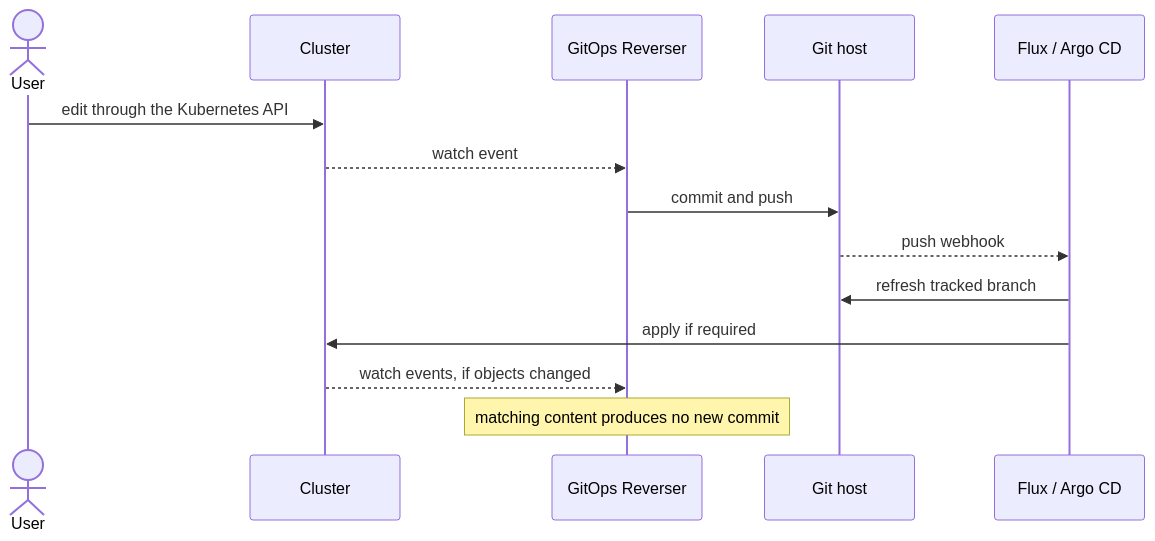
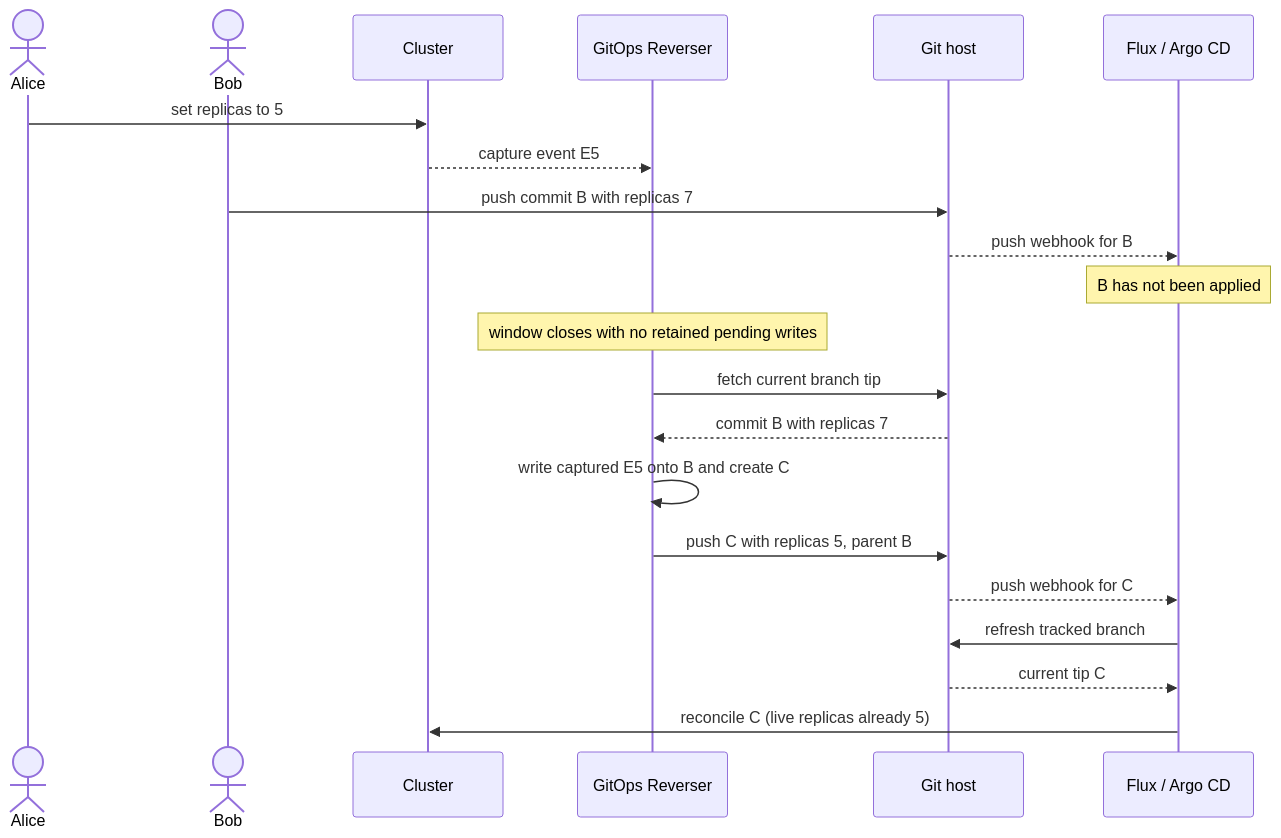
One commit to ConfigButler/gitops-reverser changed the second of 3 diagrams in docs/bi-directional.md. Above: the diagram before and after it, drawn with Mermaid. The commit also changed other lines of this file and 1 other file, not shown here.

````diff
--- a/docs/bi-directional.md
+++ b/docs/bi-directional.md
@@ -67,17 +334,24 @@
 ```mermaid
 sequenceDiagram
-    actor User
+    actor Alice
+    actor Bob
     participant K8s as Cluster
     participant Rev as GitOps Reverser
     participant Git as Git host
     participant Recon as Flux / Argo CD
 
-    User->>K8s: edit through the Kubernetes API
-    K8s-->>Rev: watch event
-    Rev->>Git: commit and push
-    Git-->>Recon: push webhook
+    Alice->>K8s: set replicas to 5
+    K8s-->>Rev: capture event E5
+    Bob->>Git: push commit B with replicas 7
+    Git-->>Recon: push webhook for B
+    Note over Recon: B has not been applied
+    Note over Rev: window closes with no retained pending writes
+    Rev->>Git: fetch current branch tip
+    Git-->>Rev: commit B with replicas 7
+    Rev->>Rev: write captured E5 onto B and create C
+    Rev->>Git: push C with replicas 5, parent B
+    Git-->>Recon: push webhook for C
     Recon->>Git: refresh tracked branch
-    Recon->>K8s: apply if required
-    K8s-->>Rev: watch events, if objects changed
-    Note over Rev: matching content produces no new commit
+    Git-->>Recon: current tip C
+    Recon->>K8s: reconcile C (live replicas already 5)
 ```
````
